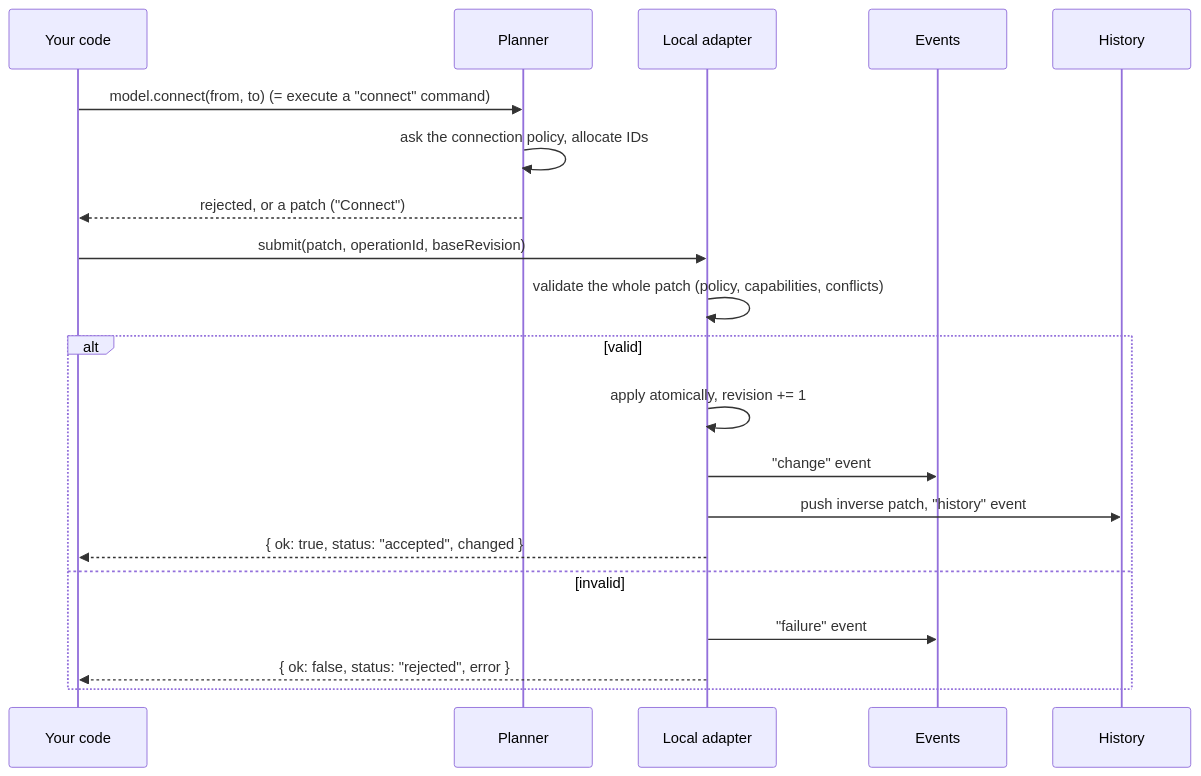
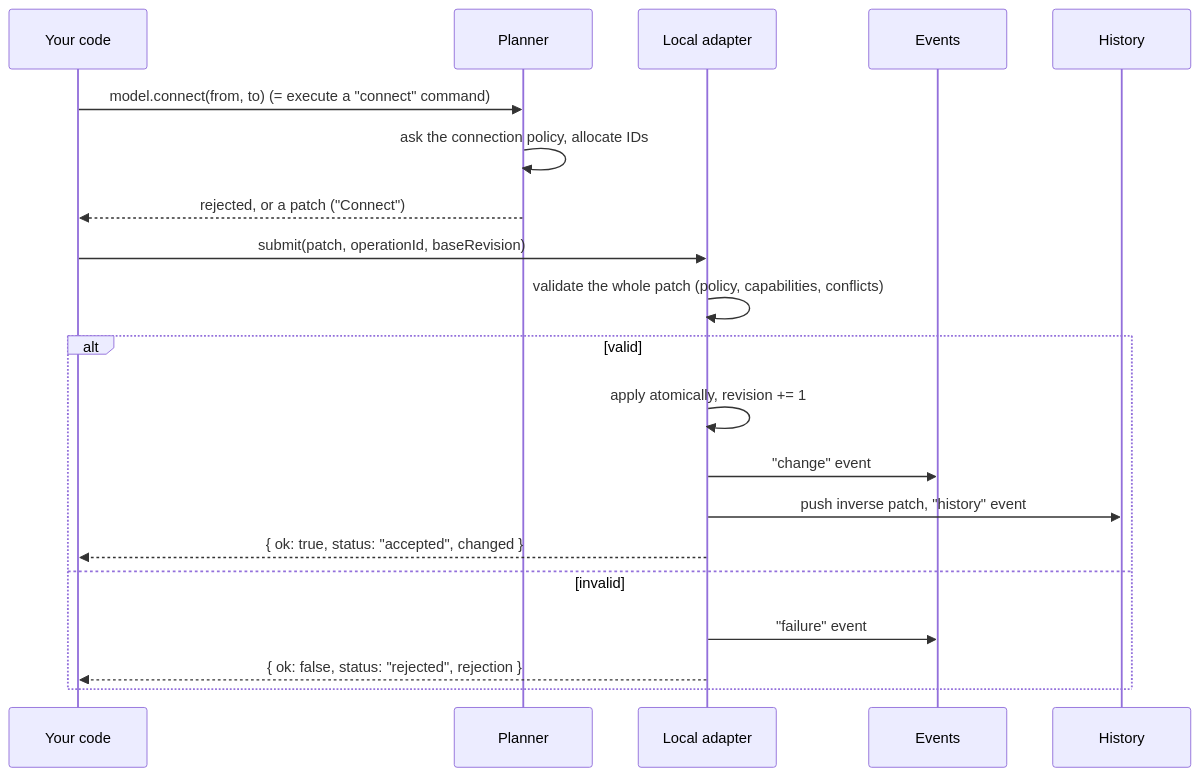
One commit to paceholder/nodeeditor-js changed the first of 2 diagrams in docs/guide-using-the-model.md. Above: the diagram before and after it, drawn with Mermaid. The commit also changed other lines of this file and 6 other files, not shown here.

````diff
--- a/docs/guide-using-the-model.md
+++ b/docs/guide-using-the-model.md
@@ -543,22 +543,22 @@
 ```mermaid
 sequenceDiagram
   participant C as Your code
   participant P as Planner
   participant A as Local adapter
   participant E as Events
   participant H as History
   C->>P: model.connect(from, to)  (= execute a "connect" command)
   P->>P: ask the connection policy, allocate IDs
   P-->>C: rejected, or a patch ("Connect")
   C->>A: submit(patch, operationId, baseRevision)
   A->>A: validate the whole patch (policy, capabilities, conflicts)
   alt valid
     A->>A: apply atomically, revision += 1
     A->>E: "change" event
     A->>H: push inverse patch, "history" event
     A-->>C: { ok: true, status: "accepted", changed }
   else invalid
     A->>E: "failure" event
-    A-->>C: { ok: false, status: "rejected", error }
+    A-->>C: { ok: false, status: "rejected", rejection }
   end
 ```
````
